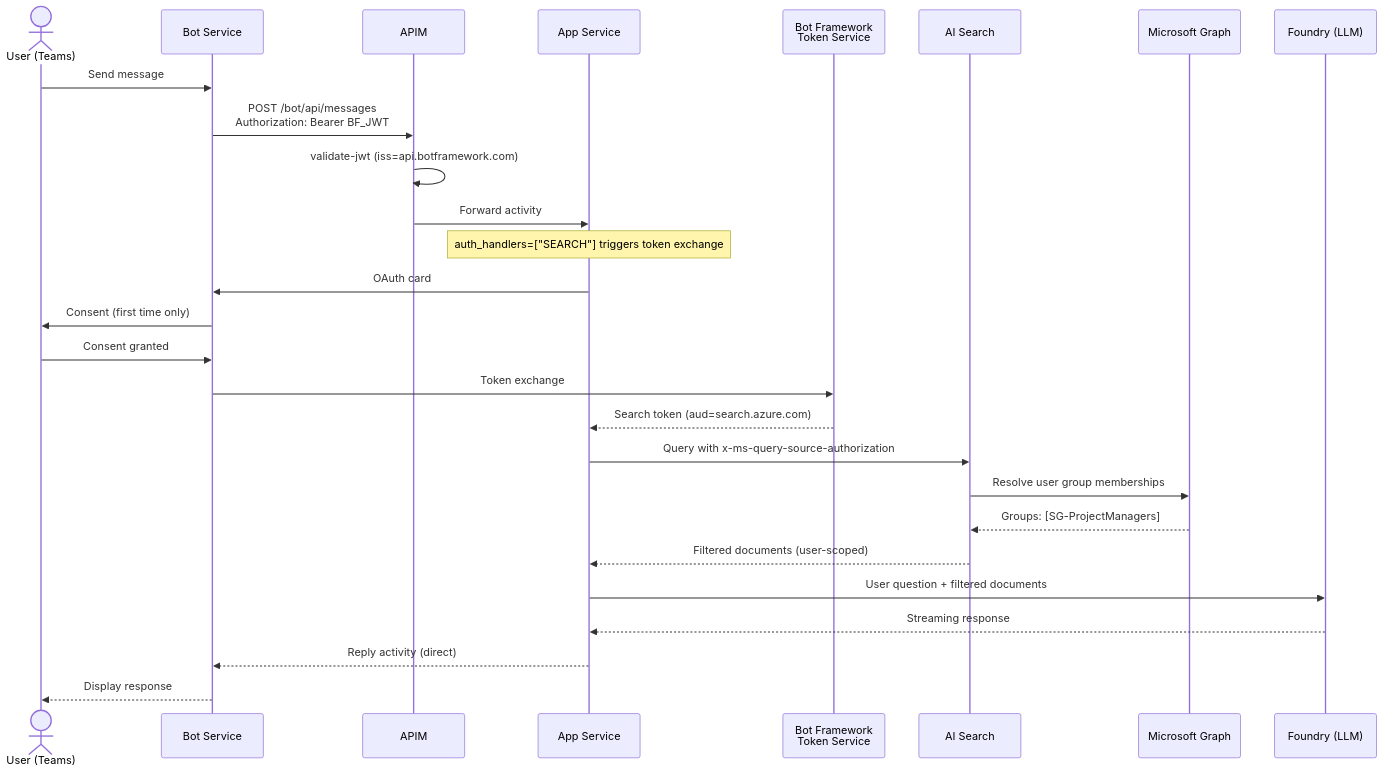
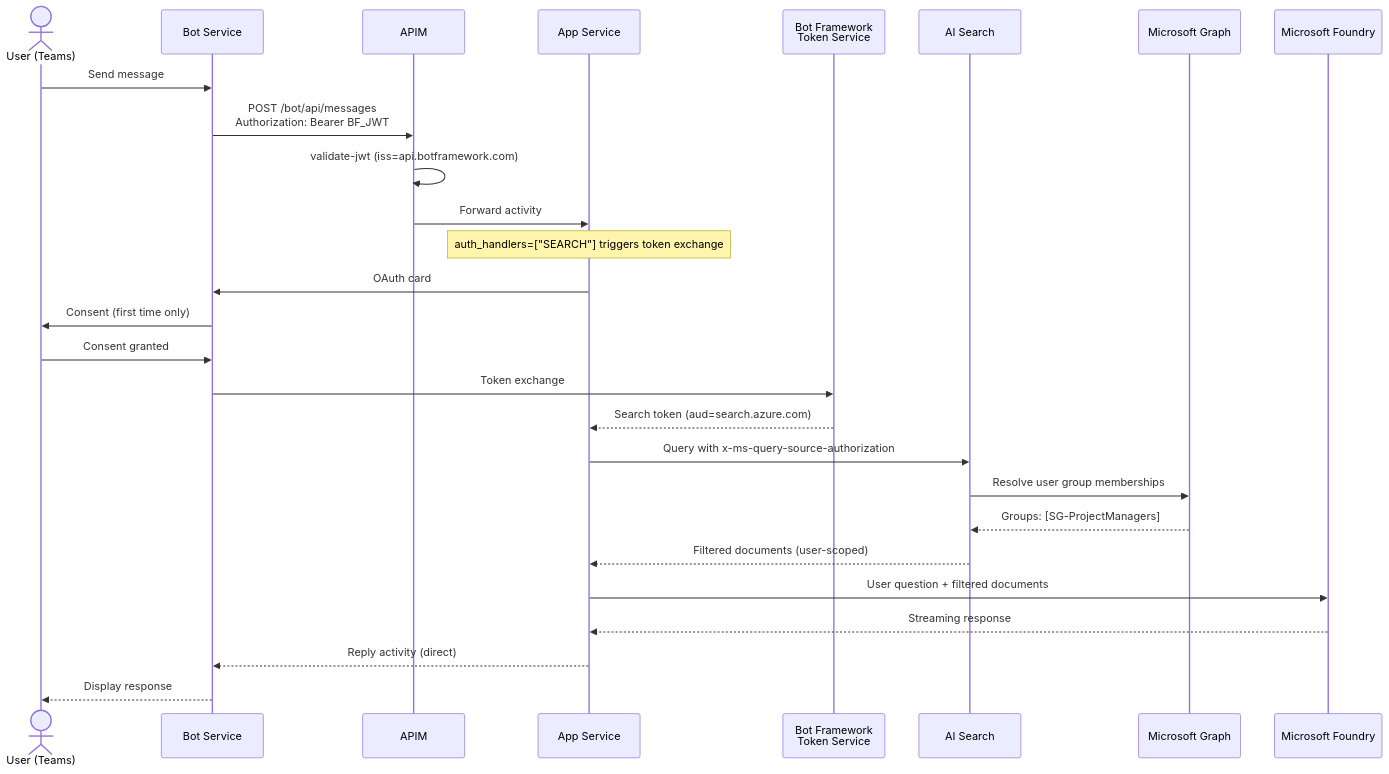
Before and after one commit to Azure-Samples/bring-your-own-agent-to-m365-accelerator: the second of 4 diagrams in docs/architecture.md, drawn with Mermaid. The commit also changed other lines of this file and 1 other file, not shown here.

Commit message:
docs: rename Azure AI Foundry to Microsoft Foundry

````diff
--- a/docs/architecture.md
+++ b/docs/architecture.md
@@ -86,34 +86,34 @@
 ```mermaid
 sequenceDiagram
     actor User as User (Teams)
     participant Bot as Bot Service
     participant APIM as APIM
     participant App as App Service
     participant TokenSvc as Bot Framework<br/>Token Service
     participant Search as AI Search
     participant Graph as Microsoft Graph
-    participant LLM as Foundry (LLM)
+    participant LLM as Microsoft Foundry
 
     User->>Bot: Send message
     Bot->>APIM: POST /bot/api/messages<br/>Authorization: Bearer BF_JWT
     APIM->>APIM: validate-jwt (iss=api.botframework.com)
     APIM->>App: Forward activity
 
     Note over App: auth_handlers=["SEARCH"] triggers token exchange
 
     App->>Bot: OAuth card
     Bot->>User: Consent (first time only)
     User->>Bot: Consent granted
     Bot->>TokenSvc: Token exchange
     TokenSvc-->>App: Search token (aud=search.azure.com)
 
     App->>Search: Query with x-ms-query-source-authorization
     Search->>Graph: Resolve user group memberships
     Graph-->>Search: Groups: [SG-ProjectManagers]
     Search-->>App: Filtered documents (user-scoped)
 
     App->>LLM: User question + filtered documents
     LLM-->>App: Streaming response
     App-->>Bot: Reply activity (direct)
     Bot-->>User: Display response
 ```
````
